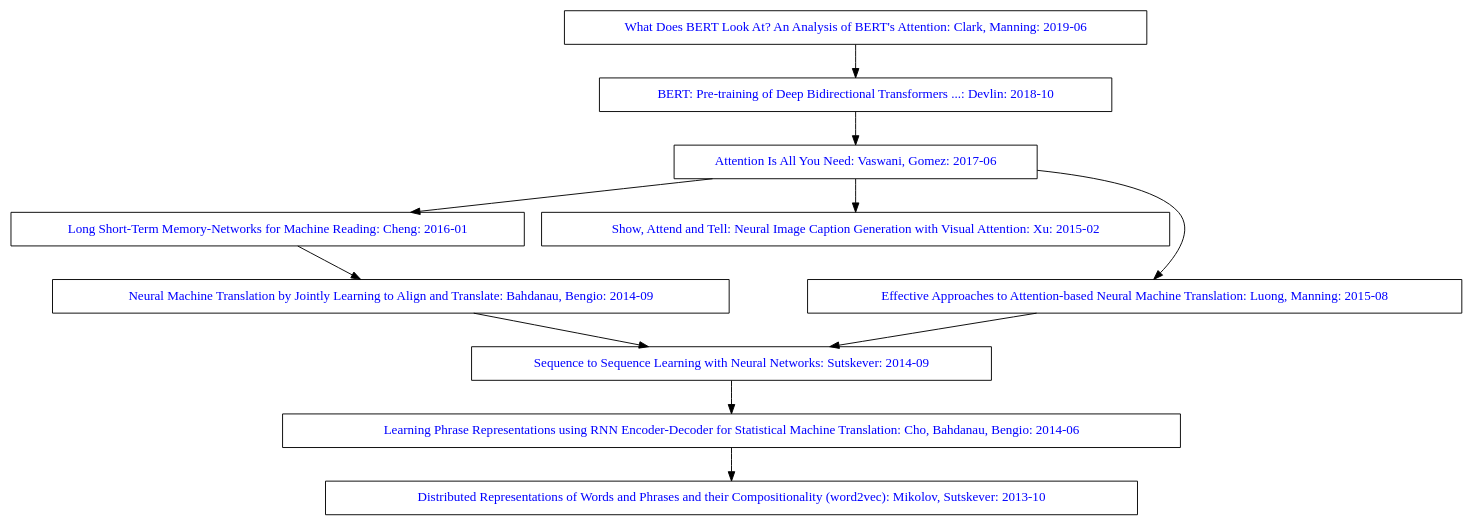
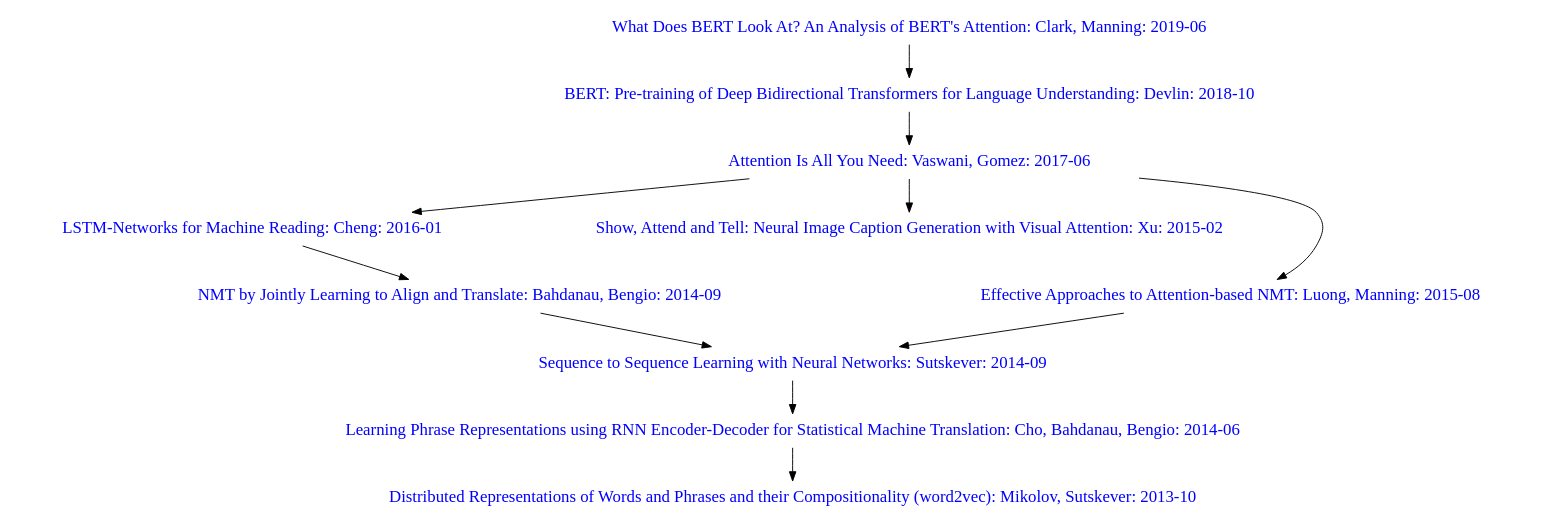
The diagram in jb/tar/notes/attention-history.gv (davidvandebunte/davidvandebunte.gitlab.io), drawn with Graphviz before and after one commit. The commit also changed 6 other files, not shown here.

Commit message:
Tweak notes on graph drawing

```diff
--- a/jb/tar/notes/attention-history.gv
+++ b/jb/tar/notes/attention-history.gv
@@ -1,53 +1,53 @@
 digraph mainmap {
-  node [shape="box", fontcolor=blue];
+  node [shape="none", fontcolor=blue, fontsize=18];
   {
     clark2019 [
       label="What Does BERT Look At? An Analysis of BERT's Attention: Clark, Manning: 2019-06"
       URL="https://arxiv.org/abs/1906.04341"
     ]
     devlin2018 [
-      label="BERT: Pre-training of Deep Bidirectional Transformers ...: Devlin: 2018-10"
+      label="BERT: Pre-training of Deep Bidirectional Transformers for Language Understanding: Devlin: 2018-10"
       URL="https://en.wikipedia.org/wiki/BERT_(language_model)"
     ]
     vaswani2017 [
       label="Attention Is All You Need: Vaswani, Gomez: 2017-06"
       URL="https://en.wikipedia.org/wiki/Transformer_(machine_learning_model)"
     ]
     cheng2016 [
-      label="Long Short-Term Memory-Networks for Machine Reading: Cheng: 2016-01"
+      label="LSTM-Networks for Machine Reading: Cheng: 2016-01"
       URL="https://arxiv.org/abs/1601.06733"
     ]
     xu2015 [
       label="Show, Attend and Tell: Neural Image Caption Generation with Visual Attention: Xu: 2015-02"
       URL="https://arxiv.org/abs/1502.03044"
     ]
     luong2015 [
-      label="Effective Approaches to Attention-based Neural Machine Translation: Luong, Manning: 2015-08"
+      label="Effective Approaches to Attention-based NMT: Luong, Manning: 2015-08"
       URL="https://arxiv.org/abs/1508.04025"
     ]
     bahdanau2014 [
-      label="Neural Machine Translation by Jointly Learning to Align and Translate: Bahdanau, Bengio: 2014-09"
+      label="NMT by Jointly Learning to Align and Translate: Bahdanau, Bengio: 2014-09"
       URL="https://arxiv.org/abs/1409.0473"
     ]
     sutskever2014 [
       label="Sequence to Sequence Learning with Neural Networks: Sutskever: 2014-09"
       URL="https://arxiv.org/abs/1409.3215"
     ]
     cho2014 [
       label="Learning Phrase Representations using RNN Encoder-Decoder for Statistical Machine Translation: Cho, Bahdanau, Bengio: 2014-06"
       URL="https://arxiv.org/abs/1406.1078"
     ]
     mikolov2013 [
       label="Distributed Representations of Words and Phrases and their Compositionality (word2vec): Mikolov, Sutskever: 2013-10"
       URL="https://arxiv.org/abs/1310.4546"
     ]
   }
   clark2019 -> devlin2018;
   devlin2018 -> vaswani2017;
   vaswani2017 -> {cheng2016 xu2015 luong2015};
   luong2015 -> sutskever2014;
   cheng2016 -> bahdanau2014;
   bahdanau2014 -> sutskever2014;
   sutskever2014 -> cho2014;
   cho2014 -> mikolov2013;
 }
```
